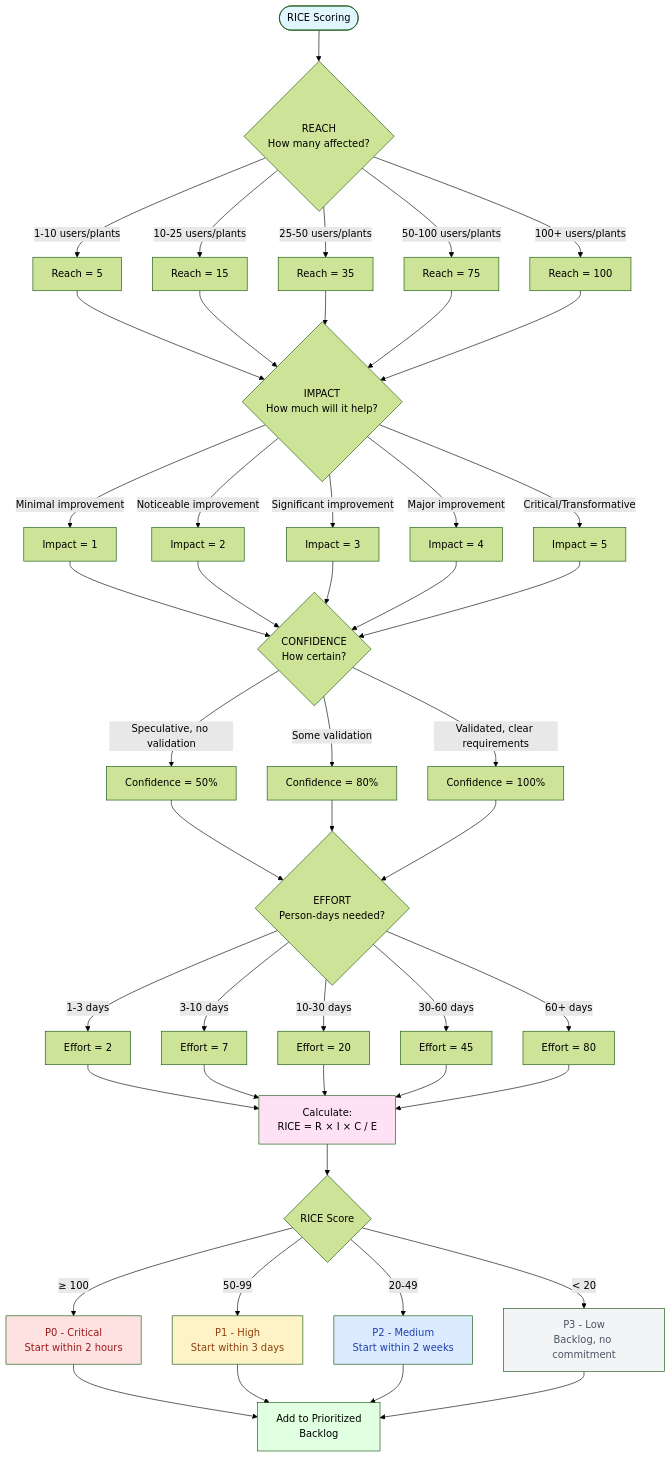
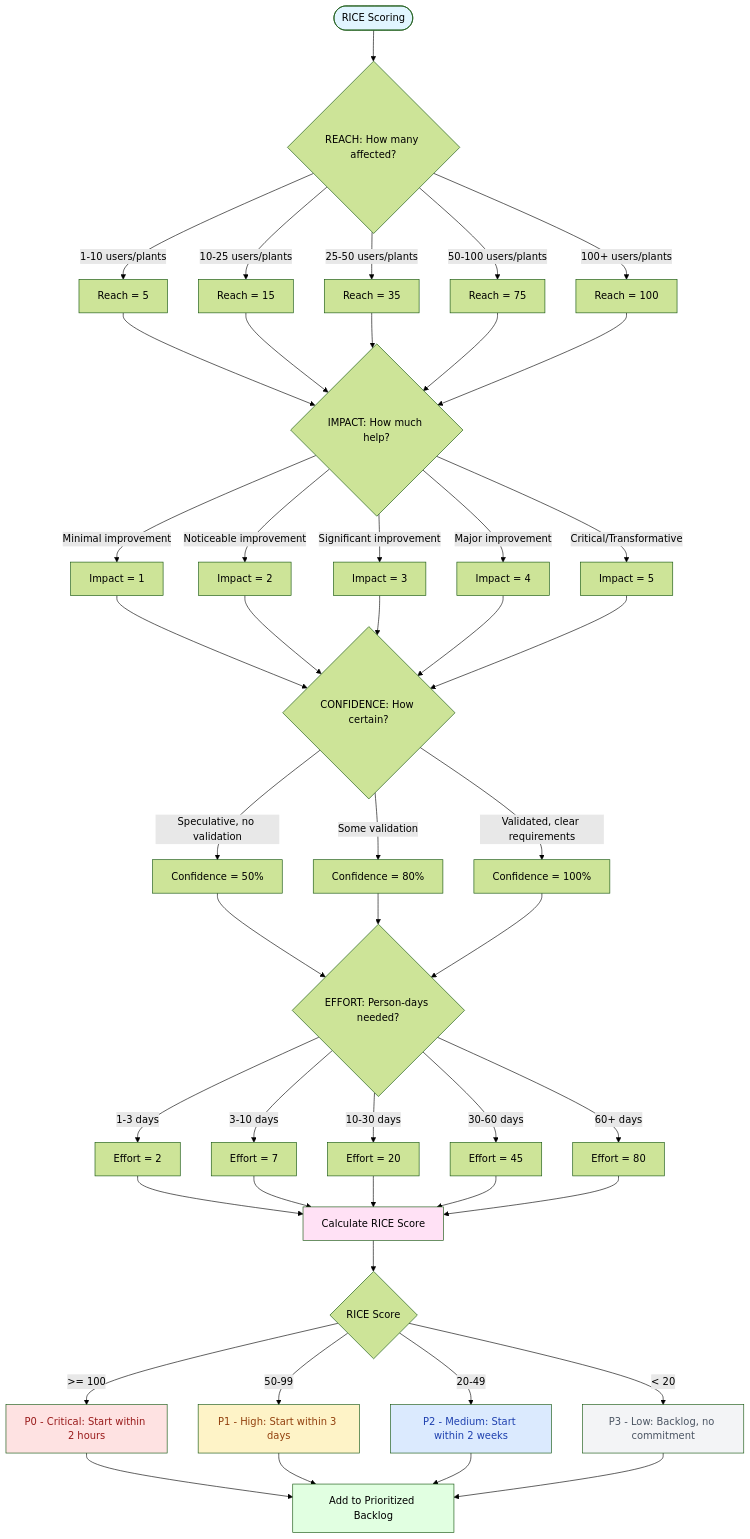
Before and after one commit to Nebiath/Architecture-design-documentation: the third of 10 diagrams in docs/ejemplo/01-global/demand-management/diagrams/demand-management-diagrams.md, drawn with Mermaid (forest theme). The commit also changed other lines of this file, not shown here.

Commit message:
Mermaid rendering inconsistencies.

````diff
--- a/docs/ejemplo/01-global/demand-management/diagrams/demand-management-diagrams.md
+++ b/docs/ejemplo/01-global/demand-management/diagrams/demand-management-diagrams.md
@@ -145,68 +146,68 @@
 ```mermaid
 graph TD
-    Start([RICE Scoring]) --> Reach{REACH<br/>How many affected?}
+    Start([RICE Scoring]) --> Reach{REACH: How many affected?}
 
     Reach -->|1-10 users/plants| R1[Reach = 5]
     Reach -->|10-25 users/plants| R2[Reach = 15]
     Reach -->|25-50 users/plants| R3[Reach = 35]
     Reach -->|50-100 users/plants| R4[Reach = 75]
     Reach -->|100+ users/plants| R5[Reach = 100]
 
-    R1 --> Impact{IMPACT<br/>How much will it help?}
+    R1 --> Impact{IMPACT: How much help?}
     R2 --> Impact
     R3 --> Impact
     R4 --> Impact
     R5 --> Impact
 
     Impact -->|Minimal improvement| I1[Impact = 1]
     Impact -->|Noticeable improvement| I2[Impact = 2]
     Impact -->|Significant improvement| I3[Impact = 3]
     Impact -->|Major improvement| I4[Impact = 4]
     Impact -->|Critical/Transformative| I5[Impact = 5]
 
-    I1 --> Confidence{CONFIDENCE<br/>How certain?}
+    I1 --> Confidence{CONFIDENCE: How certain?}
     I2 --> Confidence
     I3 --> Confidence
     I4 --> Confidence
     I5 --> Confidence
 
     Confidence -->|Speculative, no validation| C1[Confidence = 50%]
     Confidence -->|Some validation| C2[Confidence = 80%]
     Confidence -->|Validated, clear requirements| C3[Confidence = 100%]
 
-    C1 --> Effort{EFFORT<br/>Person-days needed?}
+    C1 --> Effort{EFFORT: Person-days needed?}
     C2 --> Effort
     C3 --> Effort
 
     Effort -->|1-3 days| E1[Effort = 2]
     Effort -->|3-10 days| E2[Effort = 7]
     Effort -->|10-30 days| E3[Effort = 20]
     Effort -->|30-60 days| E4[Effort = 45]
     Effort -->|60+ days| E5[Effort = 80]
 
-    E1 --> Calc[Calculate:<br/>RICE = R × I × C / E]
+    E1 --> Calc[Calculate RICE Score]
     E2 --> Calc
     E3 --> Calc
     E4 --> Calc
     E5 --> Calc
 
     Calc --> Priority{RICE Score}
 
-    Priority -->|≥ 100| P0[P0 - Critical<br/>Start within 2 hours]
-    Priority -->|50-99| P1[P1 - High<br/>Start within 3 days]
-    Priority -->|20-49| P2[P2 - Medium<br/>Start within 2 weeks]
-    Priority -->|< 20| P3[P3 - Low<br/>Backlog, no commitment]
+    Priority -->|>= 100| P0[P0 - Critical: Start within 2 hours]
+    Priority -->|50-99| P1[P1 - High: Start within 3 days]
+    Priority -->|20-49| P2[P2 - Medium: Start within 2 weeks]
+    Priority -->|< 20| P3[P3 - Low: Backlog, no commitment]
 
-    P0 --> Backlog[Add to Prioritized<br/>Backlog]
+    P0 --> Backlog[Add to Prioritized Backlog]
     P1 --> Backlog
     P2 --> Backlog
     P3 --> Backlog
 
     style Start fill:#e1f5ff
     style Calc fill:#ffe1f5
     style P0 fill:#fee2e2,color:#991b1b
     style P1 fill:#fef3c7,color:#92400e
     style P2 fill:#dbeafe,color:#1e40af
     style P3 fill:#f3f4f6,color:#4b5563
     style Backlog fill:#e1ffe1
 ```
````
